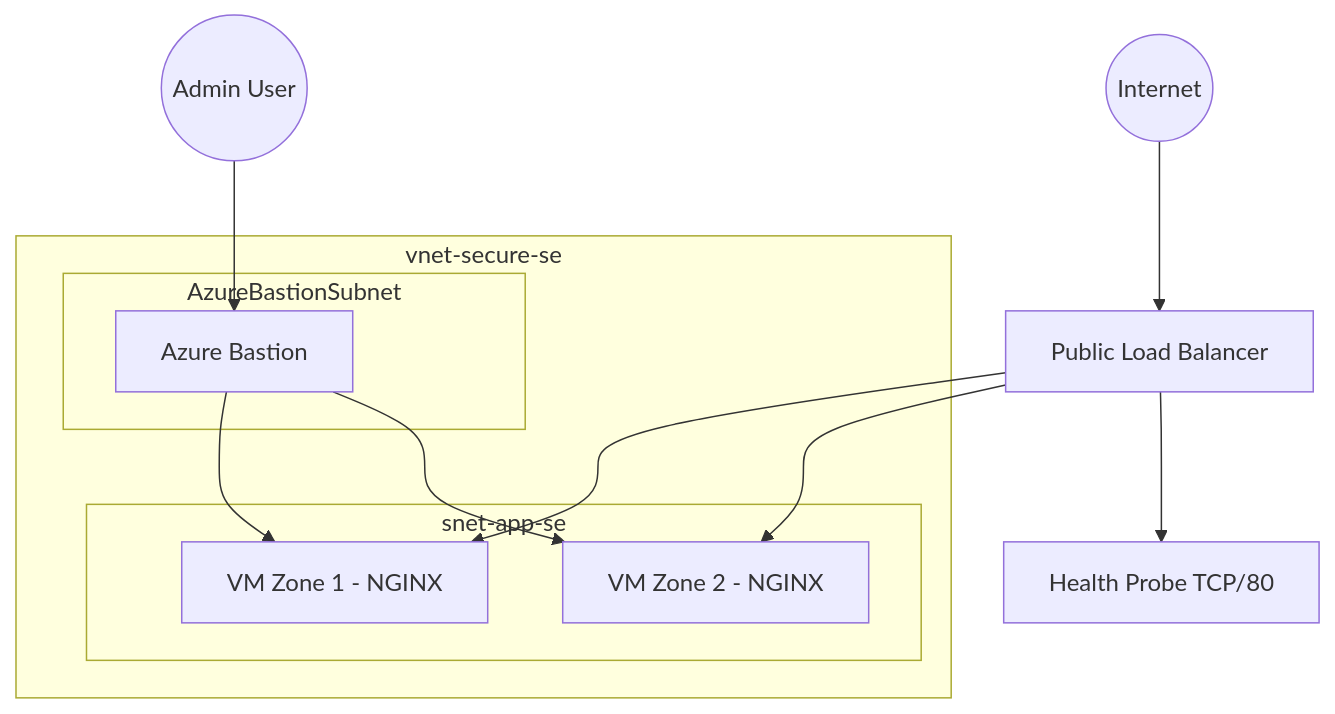
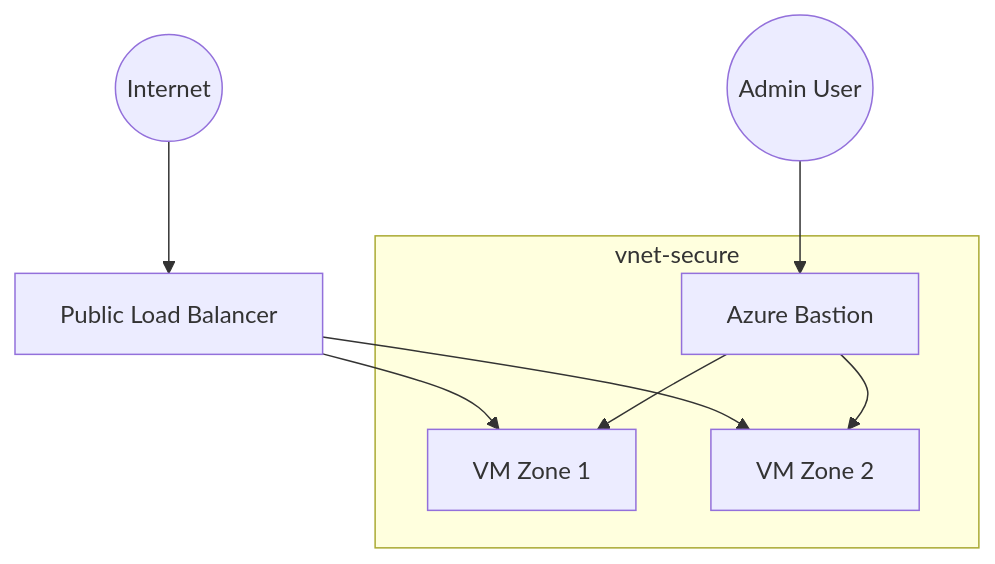
One commit to IbNdah/azure-secure-connectivity-architecture changed the diagram in README.md. Above: the diagram before and after it, drawn with Mermaid. The commit also changed other lines of this file and 17 other files, not shown here.

Commit message:
Initial architecture documentation and Terraform structure

````diff
--- a/README.md
+++ b/README.md
@@ -38,28 +40,24 @@
 ```mermaid
 flowchart TB
 
 Internet((Internet))
 
 LB[Public Load Balancer]
-Probe[Health Probe TCP/80]
 
-subgraph VNet[vnet-secure-se]
-    subgraph AppSubnet[snet-app-se]
-        VM1[VM Zone 1 - NGINX]
-        VM2[VM Zone 2 - NGINX]
-    end
-    
-    subgraph BastionSubnet[AzureBastionSubnet]
-        Bastion[Azure Bastion]
-    end
+subgraph VNet[vnet-secure]
+
+VM1[VM Zone 1]
+VM2[VM Zone 2]
+
+Bastion[Azure Bastion]
+
 end
 
 Internet --> LB
 LB --> VM1
 LB --> VM2
-LB --> Probe
 
-User((Admin User)) --> Bastion
+Admin((Admin User)) --> Bastion
 Bastion --> VM1
 Bastion --> VM2
 ```
````
